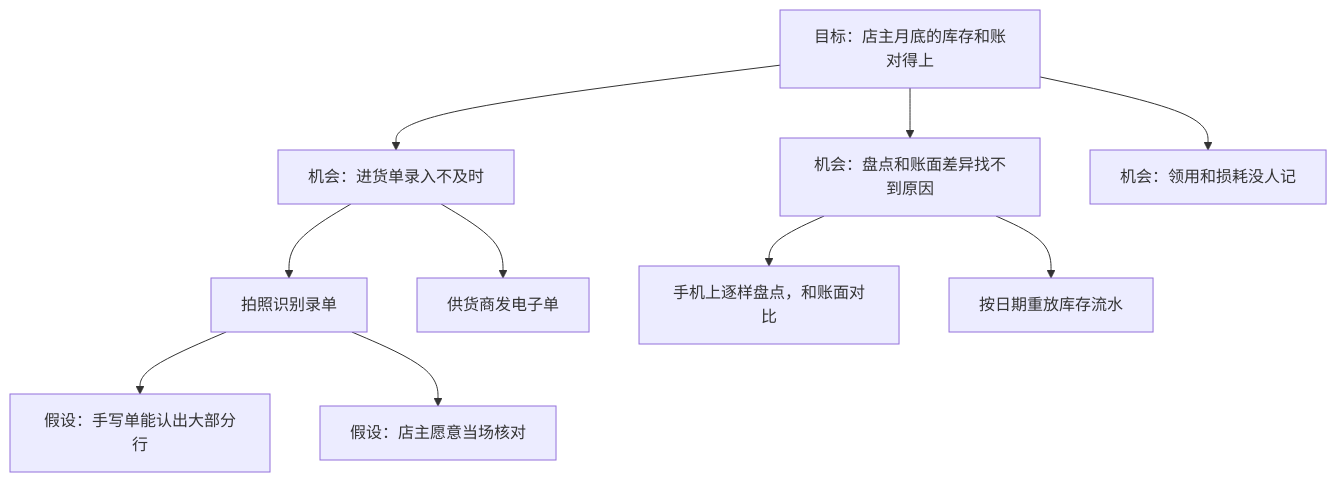
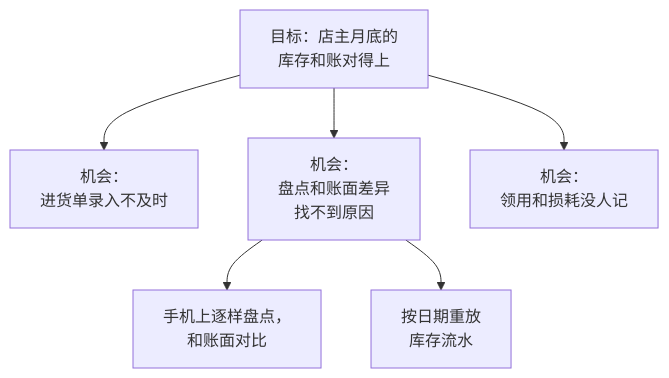
One commit to jarvis-pro/hatch-shelf changed the second of 3 diagrams in books/product-thinking/03-problem-vs-solution.md. Above: the diagram before and after it, drawn with Mermaid. The commit also changed other lines of this file and 432 other files, not shown here.

````diff
--- a/books/product-thinking/03-problem-vs-solution.md
+++ b/books/product-thinking/03-problem-vs-solution.md
@@ -102,12 +102,8 @@
 ```mermaid
 flowchart TD
-  O["目标：店主月底的库存和账对得上"] --> P1["机会：进货单录入不及时"]
-  O --> P2["机会：盘点和账面差异找不到原因"]
-  O --> P3["机会：领用和损耗没人记"]
-  P1 --> S1["拍照识别录单"]
-  P1 --> S2["供货商发电子单"]
-  P2 --> S3["手机上逐样盘点，和账面对比"]
-  P2 --> S4["按日期重放库存流水"]
-  S1 --> H1["假设：手写单能认出大部分行"]
-  S1 --> H2["假设：店主愿意当场核对"]
+  O["目标：店主月底的<br/>库存和账对得上"] --> P1["机会：<br/>进货单录入不及时"]
+  O --> P2["机会：<br/>盘点和账面差异<br/>找不到原因"]
+  O --> P3["机会：<br/>领用和损耗没人记"]
+  P2 --> S3["手机上逐样盘点，<br/>和账面对比"]
+  P2 --> S4["按日期重放<br/>库存流水"]
 ```
````
